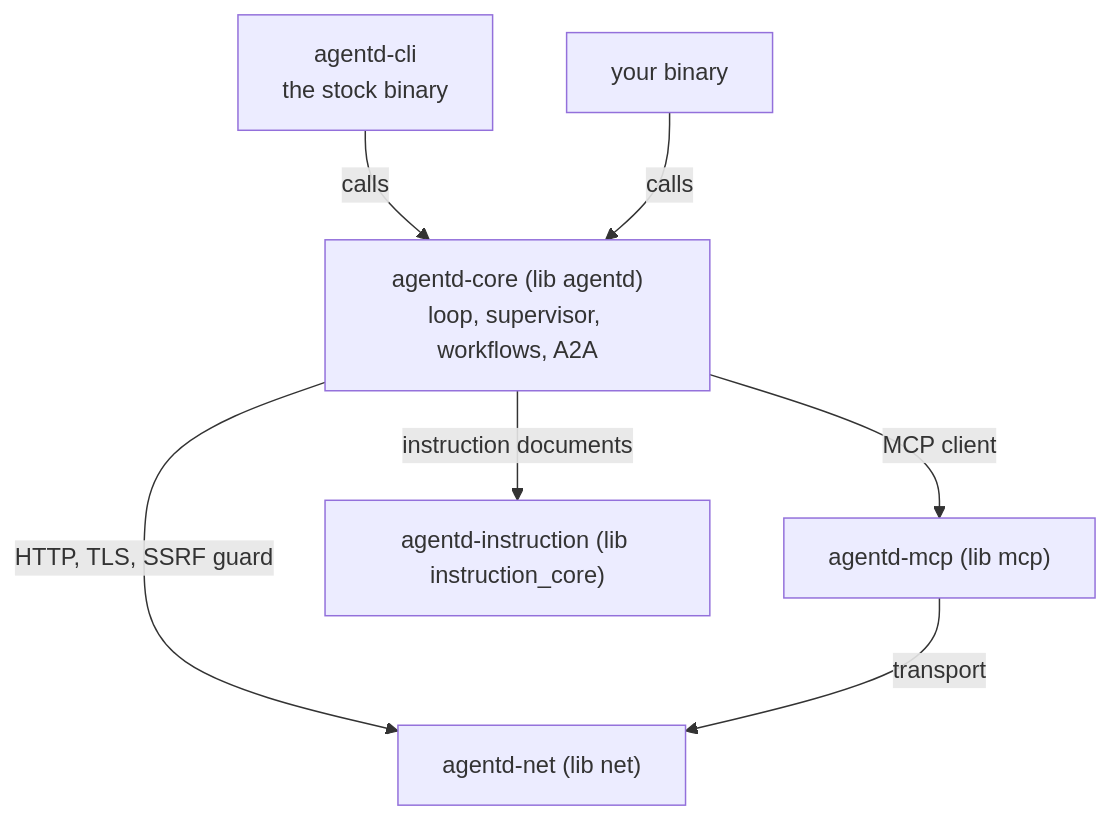
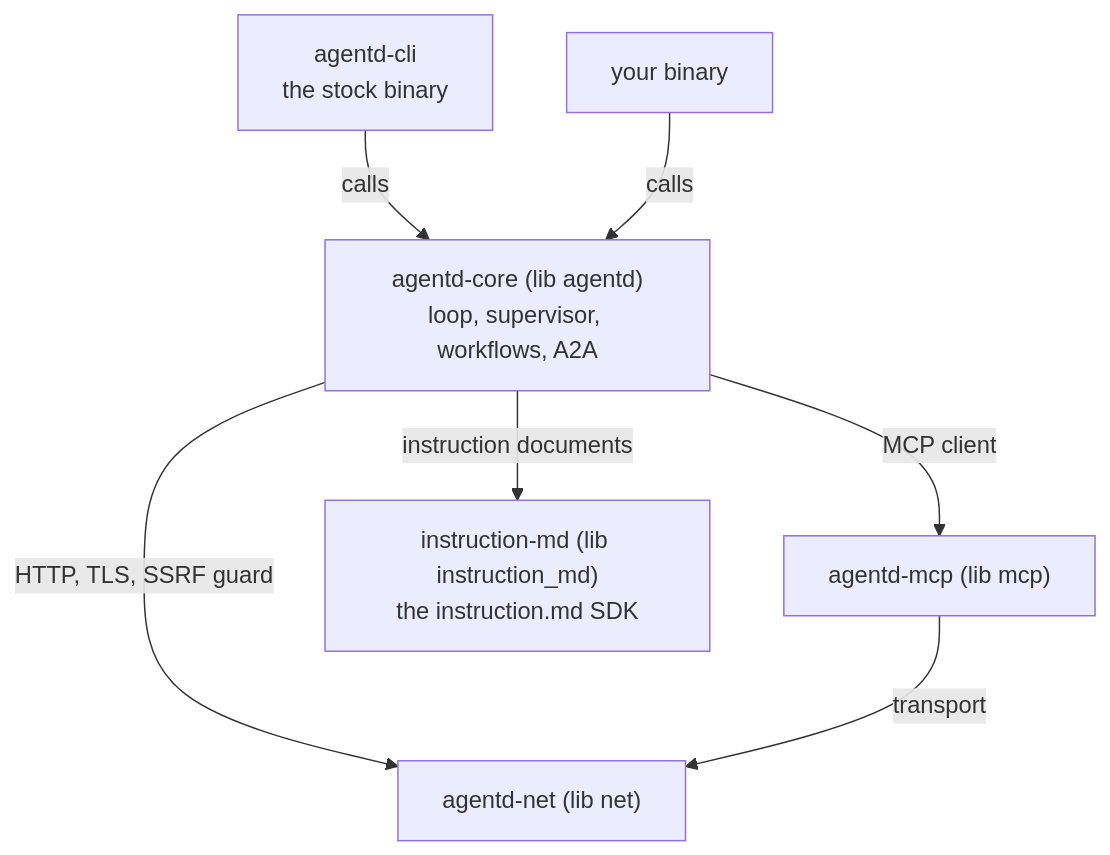
The diagram in docs/embedding.md (agentd-dev/source-code), drawn with Mermaid before and after one commit. The commit also changed other lines of this file and 30 other files, not shown here.

First line of the commit message:
docs: instruction documents are instruction/1, read by the instruction.md SDK

````diff
--- a/docs/embedding.md
+++ b/docs/embedding.md
@@ -24,9 +24,9 @@
 ```mermaid
 flowchart TD
     CLI["agentd-cli<br/>the stock binary"] -- "calls" --> CORE["agentd-core (lib agentd)<br/>loop, supervisor, workflows, A2A"]
     APP["your binary"] -- "calls" --> CORE
     CORE -- "MCP client" --> MCP["agentd-mcp (lib mcp)"]
     CORE -- "HTTP, TLS, SSRF guard" --> NET["agentd-net (lib net)"]
-    CORE -- "instruction documents" --> INS["agentd-instruction (lib instruction_core)"]
+    CORE -- "instruction documents" --> INS["instruction-md (lib instruction_md)<br/>the instruction.md SDK"]
     MCP -- "transport" --> NET
 ```
````
